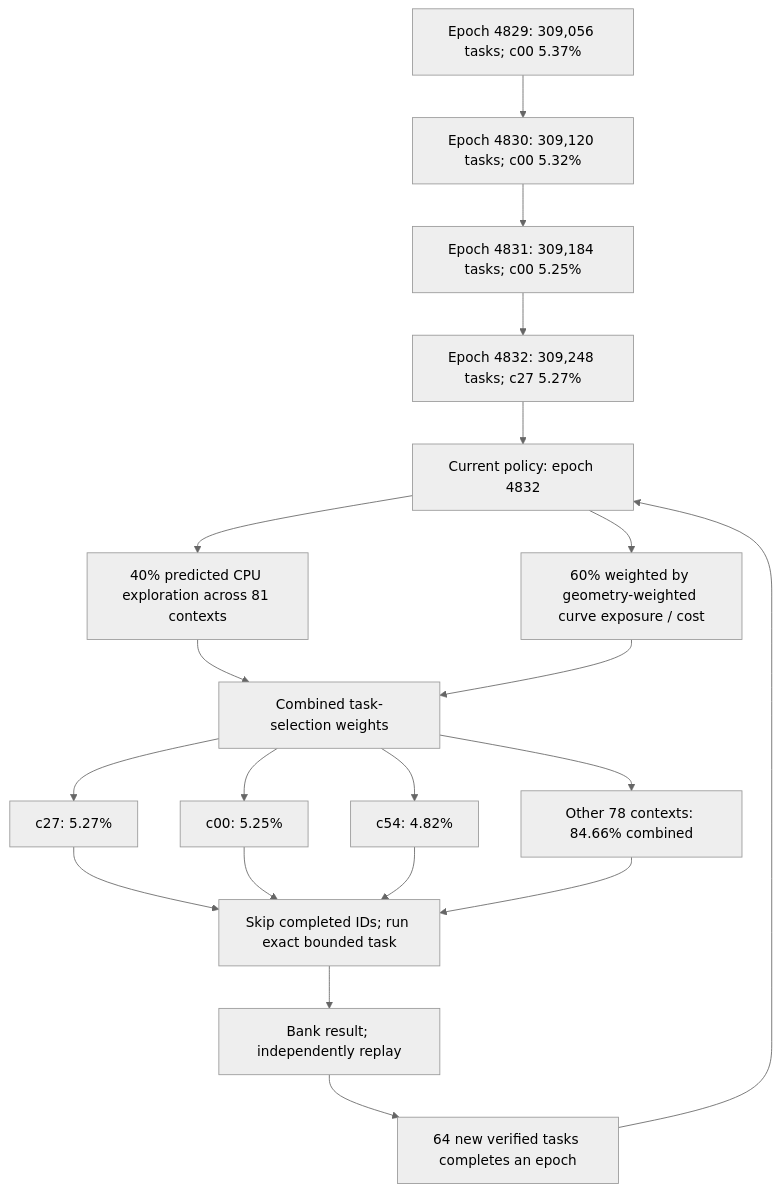
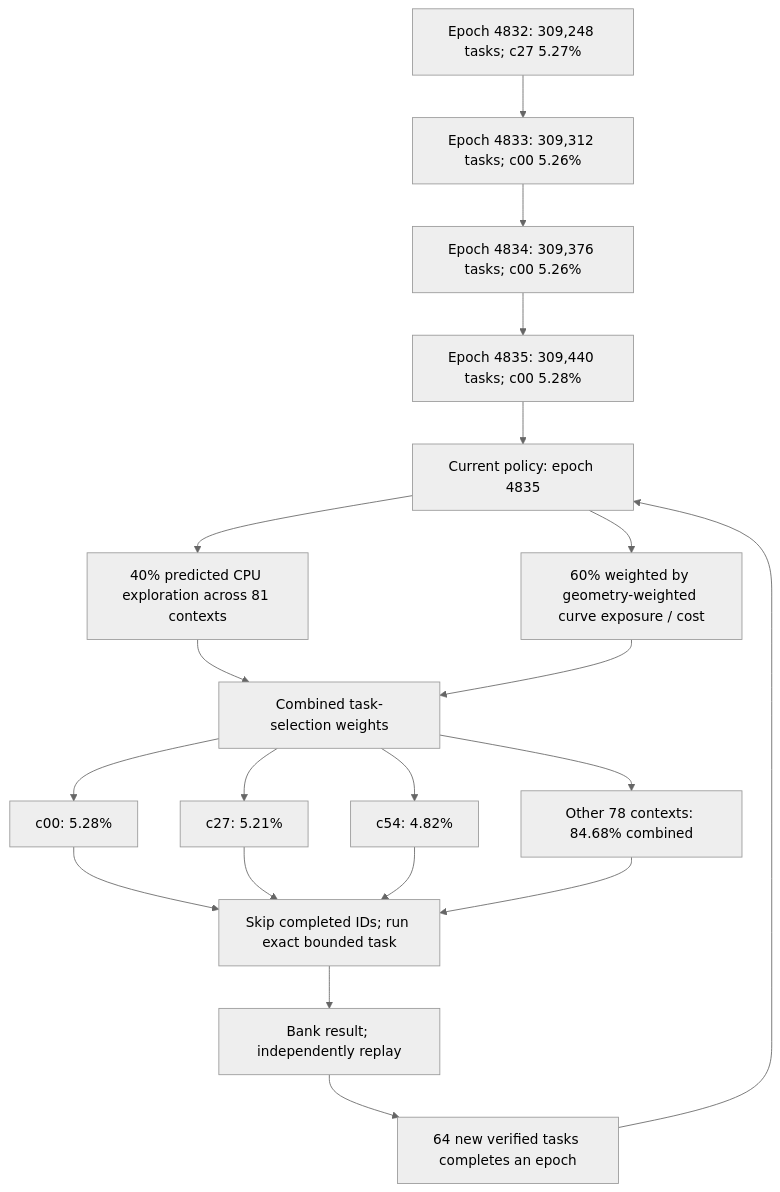
Before and after one commit to Kuberwastaken/math-gambling: the first of 3 diagrams in README.md, drawn with Mermaid (neutral theme). The commit also changed other lines of this file and 504 other files, not shown here.

````diff
--- a/README.md
+++ b/README.md
@@ -60,27 +60,27 @@
 ```mermaid
 flowchart TD
-    H0["Epoch 4829: 309,056 tasks; c00 5.37%"]
-    H1["Epoch 4830: 309,120 tasks; c00 5.32%"]
+    H0["Epoch 4832: 309,248 tasks; c27 5.27%"]
+    H1["Epoch 4833: 309,312 tasks; c00 5.26%"]
     H0 --> H1
-    H2["Epoch 4831: 309,184 tasks; c00 5.25%"]
+    H2["Epoch 4834: 309,376 tasks; c00 5.26%"]
     H1 --> H2
-    H3["Epoch 4832: 309,248 tasks; c27 5.27%"]
+    H3["Epoch 4835: 309,440 tasks; c00 5.28%"]
     H2 --> H3
-    Policy["Current policy: epoch 4832"]
+    Policy["Current policy: epoch 4835"]
     H3 --> Policy
     Policy --> Explore["40% predicted CPU exploration across 81 contexts"]
     Policy --> Cost["60% weighted by geometry-weighted curve exposure / cost"]
     Explore --> Mix["Combined task-selection weights"]
     Cost --> Mix
-    Mix --> C0["c27: 5.27%"]
-    Mix --> C1["c00: 5.25%"]
+    Mix --> C0["c00: 5.28%"]
+    Mix --> C1["c27: 5.21%"]
     Mix --> C2["c54: 4.82%"]
-    Mix --> Rest["Other 78 contexts: 84.66% combined"]
+    Mix --> Rest["Other 78 contexts: 84.68% combined"]
     C0 --> Check["Skip completed IDs; run exact bounded task"]
     C1 --> Check
     C2 --> Check
     Rest --> Check
     Check --> Replay["Bank result; independently replay"]
     Replay --> Gate["64 new verified tasks completes an epoch"]
     Gate --> Policy
 ```
````
